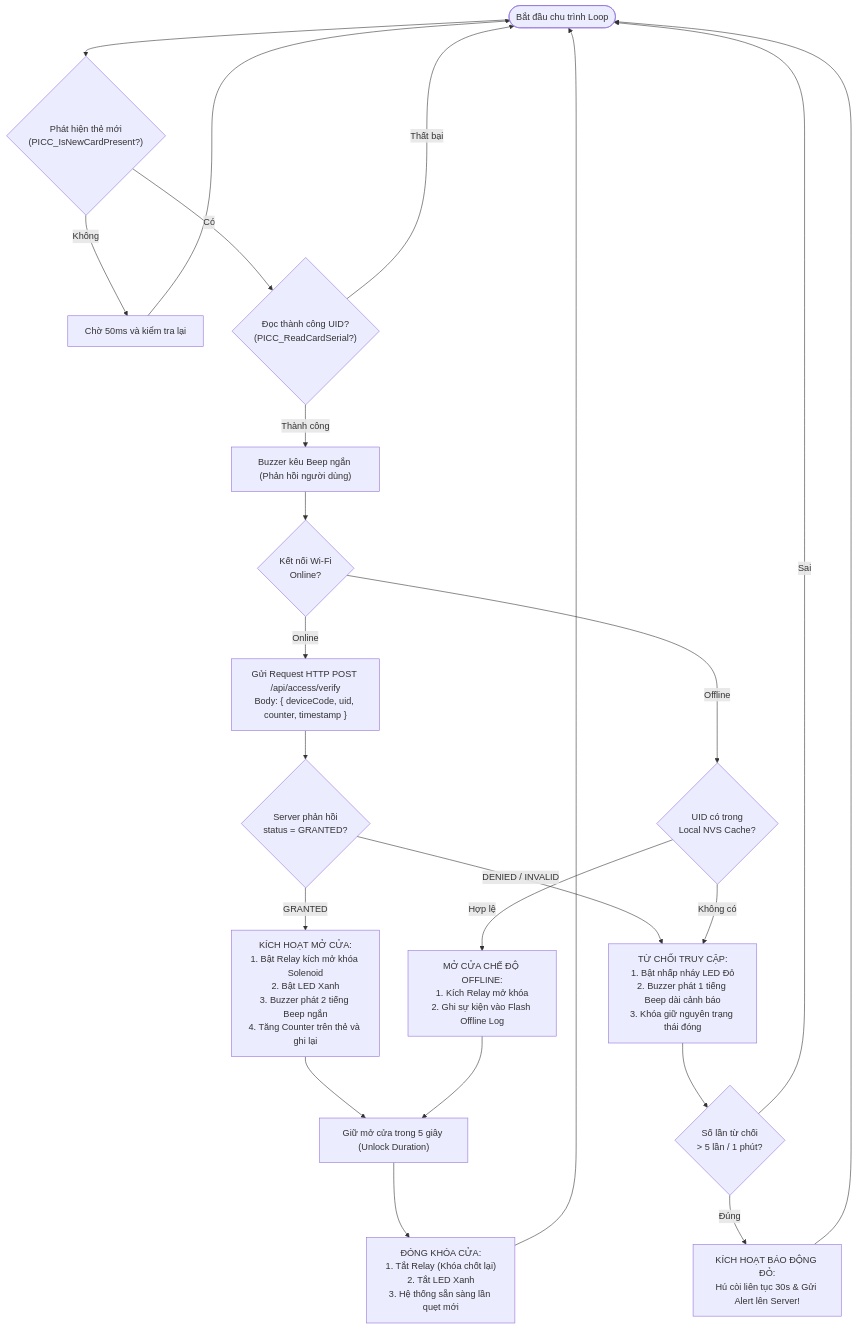
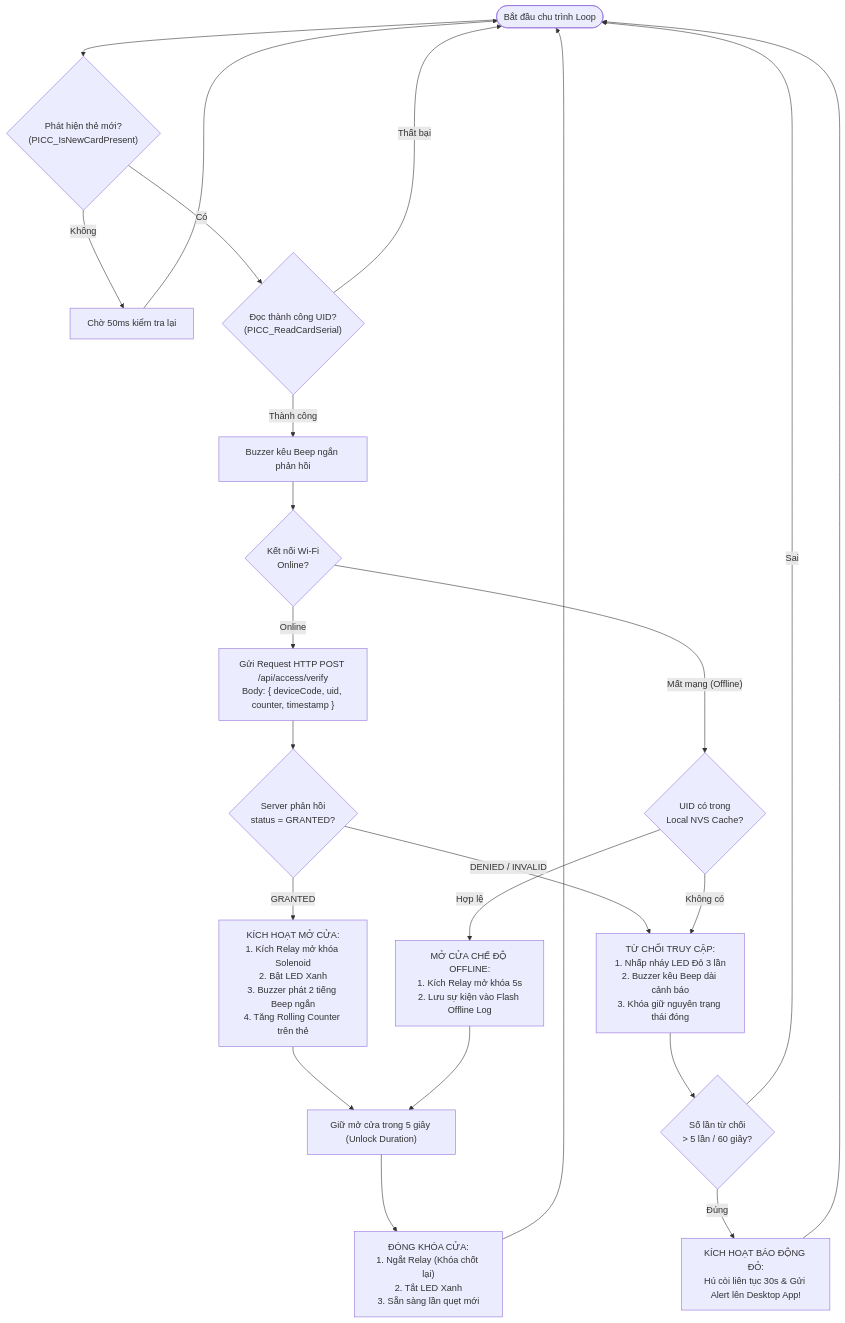
Before and after one commit to NguyenHoangUy1305/iot-rfid-access-control: the fourth of 5 diagrams in docs/SO_DO_KY_THUAT_VA_LY_THUYET.md, drawn with Mermaid. The commit also changed other lines of this file and 1 other file, not shown here.

Commit message:
docs: expand technical roadmaps, hardware schematics, and theoretical foundations with maximal engineering depth

````diff
--- a/docs/SO_DO_KY_THUAT_VA_LY_THUYET.md
+++ b/docs/SO_DO_KY_THUAT_VA_LY_THUYET.md
@@ -299,26 +393,26 @@
 ```mermaid
 flowchart TD
-    Start(["Bắt đầu chu trình Loop"]) --> DetectCard{"Phát hiện thẻ mới<br/>(PICC_IsNewCardPresent?)"}
-    DetectCard -- Không --> Wait["Chờ 50ms và kiểm tra lại"] --> Start
-    DetectCard -- Có --> ReadUID{"Đọc thành công UID?<br/>(PICC_ReadCardSerial?)"}
+    Start(["Bắt đầu chu trình Loop"]) --> DetectCard{"Phát hiện thẻ mới?<br/>(PICC_IsNewCardPresent)"}
+    DetectCard -- Không --> Wait["Chờ 50ms kiểm tra lại"] --> Start
+    DetectCard -- Có --> ReadUID{"Đọc thành công UID?<br/>(PICC_ReadCardSerial)"}
     ReadUID -- Thất bại --> Start
-    ReadUID -- Thành công --> BeepShort["Buzzer kêu Beep ngắn (Phản hồi người dùng)"]
+    ReadUID -- Thành công --> BeepShort["Buzzer kêu Beep ngắn phản hồi"]
 
     BeepShort --> CheckWifi{"Kết nối Wi-Fi<br/>Online?"}
 
     CheckWifi -- Online --> SendAPI["Gửi Request HTTP POST /api/access/verify<br/>Body: { deviceCode, uid, counter, timestamp }"]
     SendAPI --> RecvResponse{"Server phản hồi<br/>status = GRANTED?"}
 
-    RecvResponse -- GRANTED --> OpenDoor["KÍCH HOẠT MỞ CỬA:<br/>1. Bật Relay kích mở khóa Solenoid<br/>2. Bật LED Xanh<br/>3. Buzzer phát 2 tiếng Beep ngắn<br/>4. Tăng Counter trên thẻ và ghi lại"]
+    RecvResponse -- GRANTED --> OpenDoor["KÍCH HOẠT MỞ CỬA:<br/>1. Kích Relay mở khóa Solenoid<br/>2. Bật LED Xanh<br/>3. Buzzer phát 2 tiếng Beep ngắn<br/>4. Tăng Rolling Counter trên thẻ"]
     OpenDoor --> TimerUnlock["Giữ mở cửa trong 5 giây (Unlock Duration)"]
-    TimerUnlock --> CloseDoor["ĐÓNG KHÓA CỬA:<br/>1. Tắt Relay (Khóa chốt lại)<br/>2. Tắt LED Xanh<br/>3. Hệ thống sẵn sàng lần quẹt mới"] --> Start
+    TimerUnlock --> CloseDoor["ĐÓNG KHÓA CỬA:<br/>1. Ngắt Relay (Khóa chốt lại)<br/>2. Tắt LED Xanh<br/>3. Sẵn sàng lần quẹt mới"] --> Start
 
-    RecvResponse -- DENIED / INVALID --> RejectAccess["TỪ CHỐI TRUY CẬP:<br/>1. Bật nhấp nháy LED Đỏ<br/>2. Buzzer phát 1 tiếng Beep dài cảnh báo<br/>3. Khóa giữ nguyên trạng thái đóng"]
-    RejectAccess --> CheckBrute{"Số lần từ chối<br/>> 5 lần / 1 phút?"}
-    CheckBrute -- Đúng --> AlarmMode["KÍCH HOẠT BÁO ĐỘNG ĐỎ:<br/>Hú còi liên tục 30s & Gửi Alert lên Server!"] --> Start
+    RecvResponse -- DENIED / INVALID --> RejectAccess["TỪ CHỐI TRUY CẬP:<br/>1. Nhấp nháy LED Đỏ 3 lần<br/>2. Buzzer kêu Beep dài cảnh báo<br/>3. Khóa giữ nguyên trạng thái đóng"]
+    RejectAccess --> CheckBrute{"Số lần từ chối<br/>> 5 lần / 60 giây?"}
+    CheckBrute -- Đúng --> AlarmMode["KÍCH HOẠT BÁO ĐỘNG ĐỎ:<br/>Hú còi liên tục 30s & Gửi Alert lên Desktop App!"] --> Start
     CheckBrute -- Sai --> Start
 
-    CheckWifi -- Offline --> CheckCache{"UID có trong<br/>Local NVS Cache?"}
-    CheckCache -- Hợp lệ --> OpenDoorOffline["MỞ CỬA CHẾ ĐỘ OFFLINE:<br/>1. Kích Relay mở khóa<br/>2. Ghi sự kiện vào Flash Offline Log"] --> TimerUnlock
-    CheckCache -- Không có --> RejectAccess
+    CheckWifi -- Mất mạng (Offline) --> CheckNVS{"UID có trong<br/>Local NVS Cache?"}
+    CheckNVS -- Hợp lệ --> OpenDoorOffline["MỞ CỬA CHẾ ĐỘ OFFLINE:<br/>1. Kích Relay mở khóa 5s<br/>2. Lưu sự kiện vào Flash Offline Log"] --> TimerUnlock
+    CheckNVS -- Không có --> RejectAccess
 ```
````
